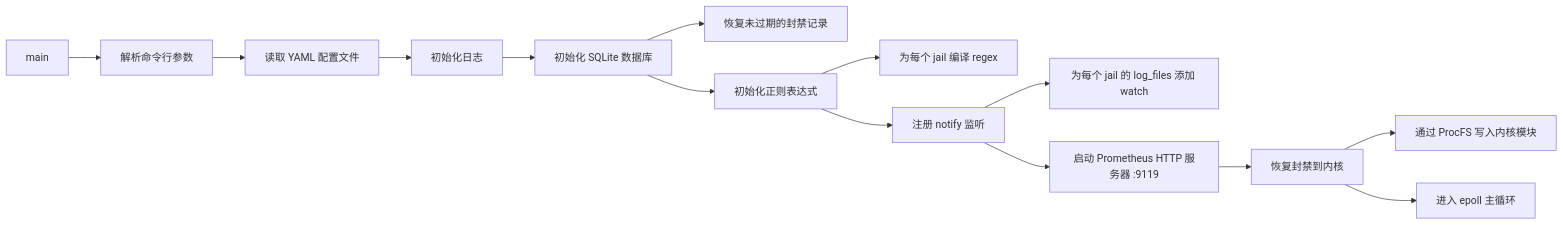
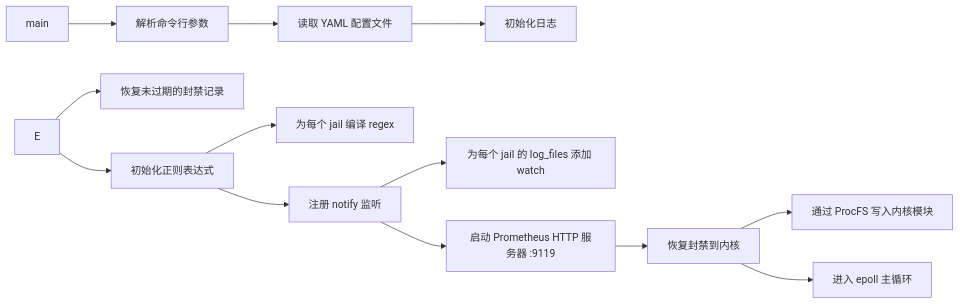
The third of 7 diagrams in docs/zh/architecture/daemon.md (SnowCore8/linux-firewall-kmod), drawn with Mermaid before and after one commit. The commit also changed other lines of this file and 39 other files, not shown here.

````diff
--- a/docs/zh/architecture/daemon.md
+++ b/docs/zh/architecture/daemon.md
@@ -132,16 +126,15 @@
 ```mermaid
 graph LR
     A["main"] --> B["解析命令行参数"]
     B --> C["读取 YAML 配置文件"]
     C --> D["初始化日志"]
-    D --> E["初始化 SQLite 数据库"]
     E --> E1["恢复未过期的封禁记录"]
     E --> F["初始化正则表达式"]
     F --> F1["为每个 jail 编译 regex"]
     F --> G["注册 notify 监听"]
     G --> G1["为每个 jail 的 log_files 添加 watch"]
     G --> H["启动 Prometheus HTTP 服务器 :9119"]
     H --> I["恢复封禁到内核"]
     I --> I1["通过 ProcFS 写入内核模块"]
     I --> J["进入 epoll 主循环"]
 ```
````
